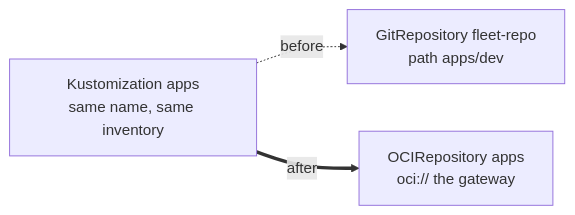
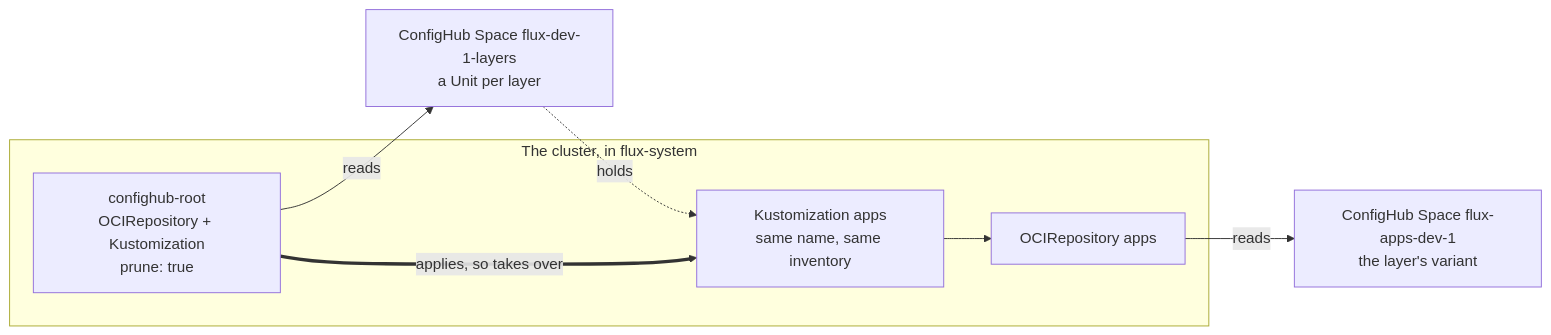
One commit to confighub/examples changed the fourth of 11 diagrams in cub-flux/docs/onboard-your-flux-fleet.md. Above: the diagram before and after it, drawn with Mermaid. The commit also changed other lines of this file and 11 other files, not shown here.

First line of the commit message:
cub-flux: one root per cluster, one Unit per layer (Brian's points 1 and 2)

````diff
--- a/cub-flux/docs/onboard-your-flux-fleet.md
+++ b/cub-flux/docs/onboard-your-flux-fleet.md
@@ -149,8 +183,13 @@
 ```mermaid
 flowchart LR
-  k["Kustomization apps<br/>same name, same inventory"]
-  g["GitRepository fleet-repo<br/>path apps/dev"]
-  o["OCIRepository apps<br/>oci:// the gateway"]
-  k -.->|"before"| g
-  k ==>|"after"| o
+  subgraph cluster["The cluster, in flux-system"]
+    root["confighub-root<br/>OCIRepository + Kustomization<br/>prune: true"]
+    k["Kustomization apps<br/>same name, same inventory"]
+    o["OCIRepository apps"]
+    k --> o
+  end
+  root -->|"reads"| ls["ConfigHub Space flux-dev-1-layers<br/>a Unit per layer"]
+  ls -.->|"holds"| k
+  root ==>|"applies, so takes over"| k
+  o -->|"reads"| vs["ConfigHub Space flux-apps-dev-1<br/>the layer's variant"]
 ```
````
